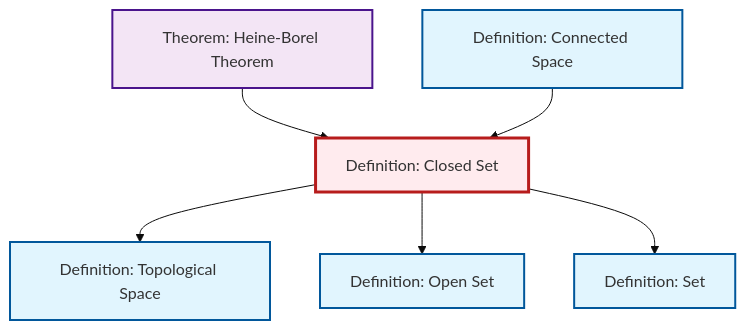
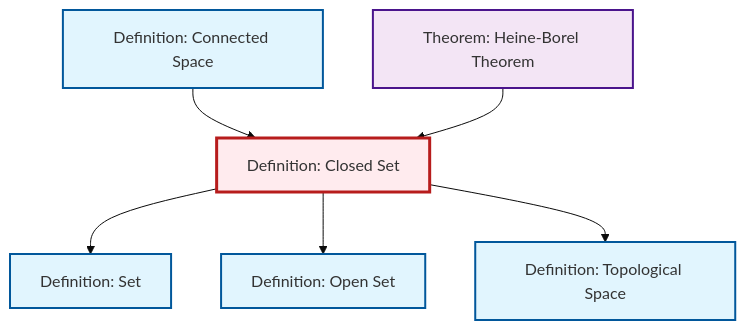
The diagram in content/ja/topology/def-closed-set.qmd (RK0429/ModernMath), drawn with Mermaid (base theme) before and after one commit. The commit also changed other lines of this file and 497 other files, not shown here.

````diff
--- a/content/ja/topology/def-closed-set.qmd
+++ b/content/ja/topology/def-closed-set.qmd
@@ -45,26 +45,26 @@
 ```{mermaid}
 %%| fig-cap: "Local dependency graph"
 graph TD
     classDef definition fill:#e1f5fe,stroke:#01579b,stroke-width:2px
     classDef theorem fill:#f3e5f5,stroke:#4a148c,stroke-width:2px
     classDef axiom fill:#fff3e0,stroke:#e65100,stroke-width:2px
     classDef example fill:#e8f5e9,stroke:#1b5e20,stroke-width:2px
     classDef current fill:#ffebee,stroke:#b71c1c,stroke-width:3px
+    def-set["Definition: Set"]:::definition
+    def-closed-set["Definition: Closed Set"]:::definition
+    def-topological-space["Definition: Topological Space"]:::definition
+    def-connected["Definition: Connected Space"]:::definition
     thm-heine-borel["Theorem: Heine-Borel Theorem"]:::theorem
     def-open-set["Definition: Open Set"]:::definition
-    def-topological-space["Definition: Topological Space"]:::definition
-    def-closed-set["Definition: Closed Set"]:::definition
-    def-connected["Definition: Connected Space"]:::definition
-    def-set["Definition: Set"]:::definition
+    def-closed-set --> def-set
+    def-closed-set --> def-open-set
+    def-connected --> def-closed-set
     def-closed-set --> def-topological-space
     thm-heine-borel --> def-closed-set
-    def-closed-set --> def-open-set
-    def-connected --> def-closed-set
-    def-closed-set --> def-set
     class def-closed-set current
+    click def-set "def-set.html" "Definition: Setへ"
+    click def-topological-space "def-topological-space.html" "Definition: Topological Spaceへ"
+    click def-connected "def-connected.html" "Definition: Connected Spaceへ"
     click thm-heine-borel "thm-heine-borel.html" "Theorem: Heine-Borel Theoremへ"
     click def-open-set "def-open-set.html" "Definition: Open Setへ"
-    click def-topological-space "def-topological-space.html" "Definition: Topological Spaceへ"
-    click def-connected "def-connected.html" "Definition: Connected Spaceへ"
-    click def-set "def-set.html" "Definition: Setへ"
 ```
````
